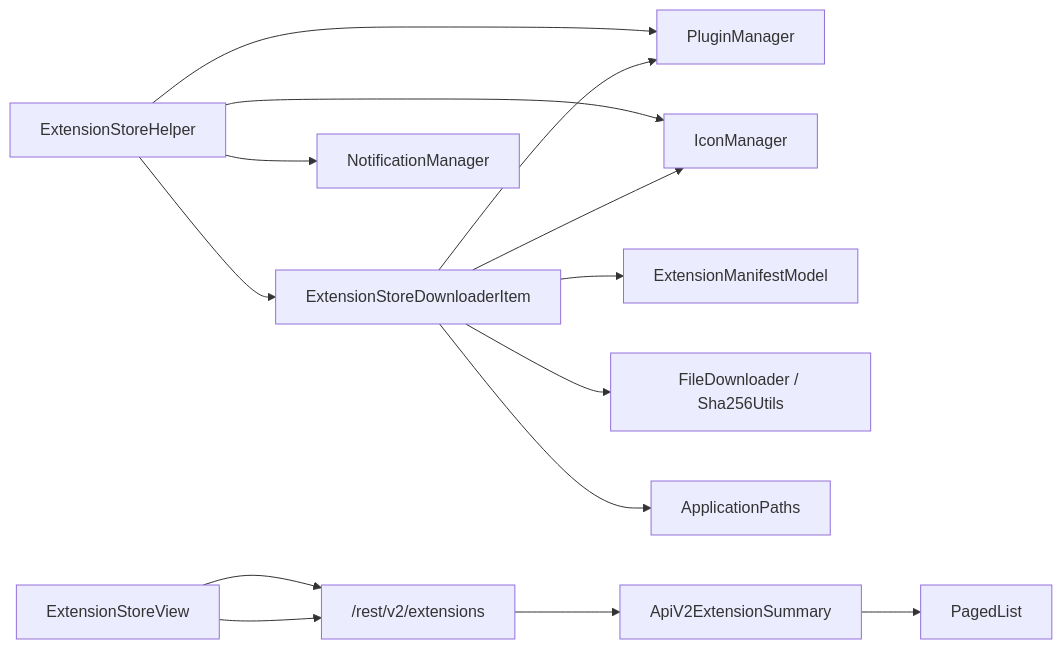
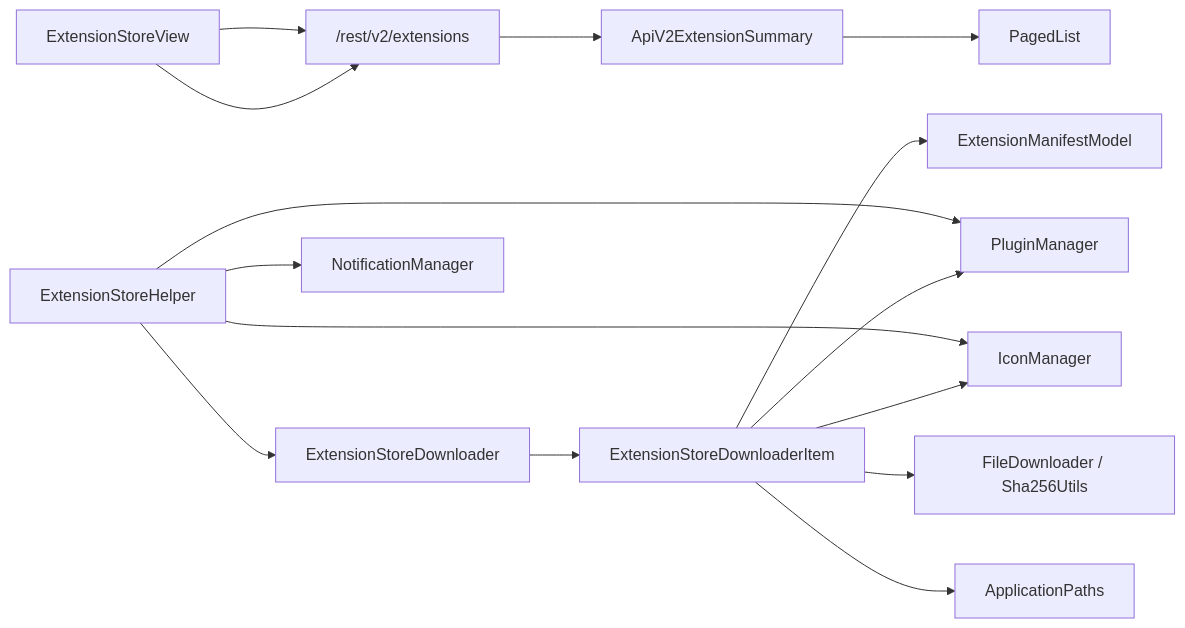
One commit to tea4go/Macro-Deck changed the tenth of 11 diagrams in .qoder/repowiki/zh/content/扩展商店/扩展商店.md. Above: the diagram before and after it, drawn with Mermaid. The commit also changed other lines of this file and 33 other files, not shown here.

````diff
--- a/.qoder/repowiki/zh/content/扩展商店/扩展商店.md
+++ b/.qoder/repowiki/zh/content/扩展商店/扩展商店.md
@@ -417,16 +497,17 @@
 ```mermaid
 graph LR
 VS["ExtensionStoreView"] --> API["/rest/v2/extensions"]
-HS["ExtensionStoreHelper"] --> DL["ExtensionStoreDownloaderItem"]
+HS["ExtensionStoreHelper"] --> DL["ExtensionStoreDownloader"]
 HS --> PM["PluginManager"]
 HS --> IM["IconManager"]
 HS --> NL["NotificationManager"]
-DL --> EM["ExtensionManifestModel"]
-DL --> PM
-DL --> IM
-DL --> FS["FileDownloader / Sha256Utils"]
-DL --> AP["ApplicationPaths"]
+DL --> DI["ExtensionStoreDownloaderItem"]
+DI --> EM["ExtensionManifestModel"]
+DI --> PM
+DI --> IM
+DI --> FS["FileDownloader / Sha256Utils"]
+DI --> AP["ApplicationPaths"]
 VS --> API
 API --> AVS["ApiV2ExtensionSummary"]
 AVS --> PGS["PagedList"]
 ```
````
